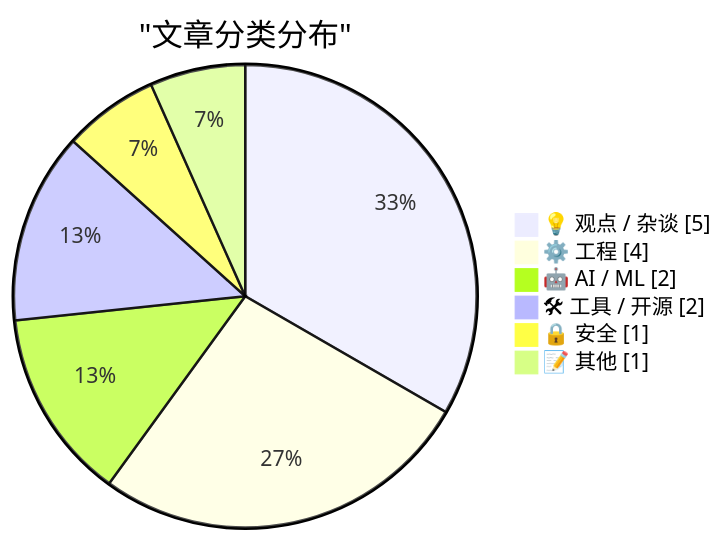
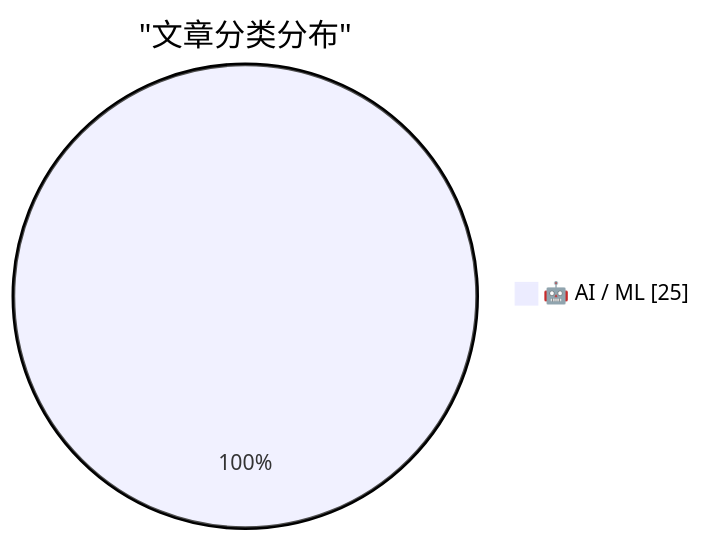
The first of 2 diagrams in digest.md (kason-huang/ai-daily-digest), drawn with Mermaid before and after one commit. The commit also changed other lines of this file and 9 other files, not shown here.

````diff
--- a/digest.md
+++ b/digest.md
@@ -53,10 +64,5 @@
 ```mermaid
 pie showData
     title "文章分类分布"
-    "💡 观点 / 杂谈" : 5
-    "⚙️ 工程" : 4
-    "🤖 AI / ML" : 2
-    "🛠 工具 / 开源" : 2
-    "🔒 安全" : 1
-    "📝 其他" : 1
+    "🤖 AI / ML" : 25
 ```
````
